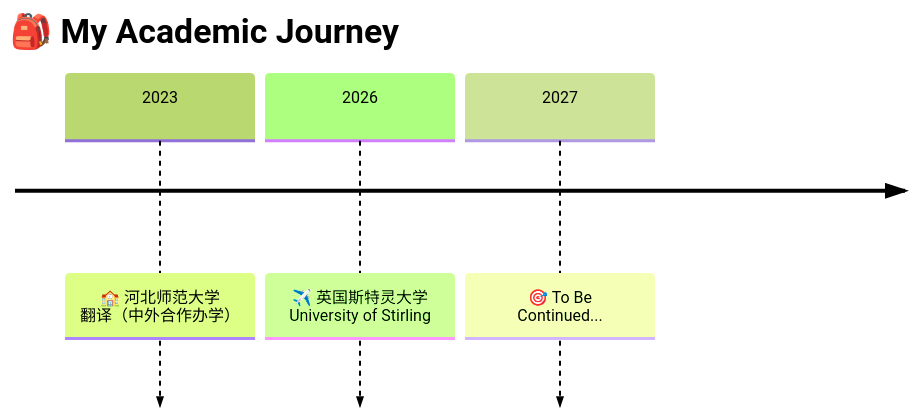
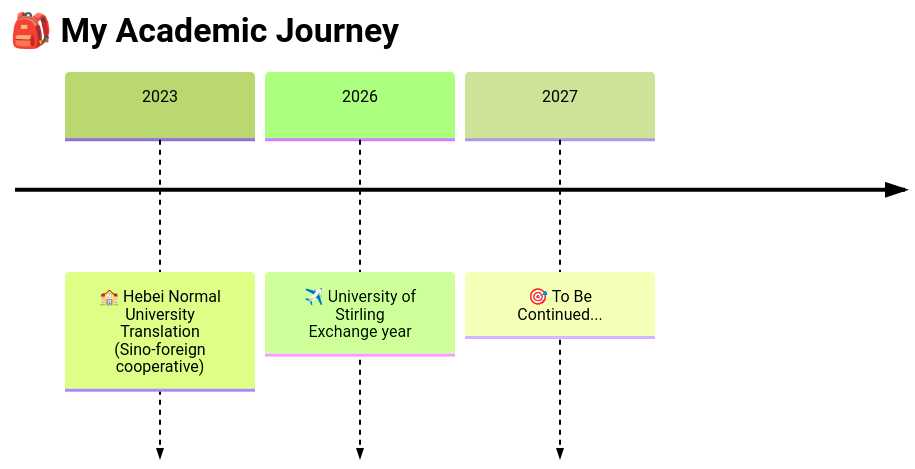
The diagram in README.md (Waterc0lorEyes/Waterc0lorEyes), drawn with Mermaid (forest theme) before and after one commit. The commit also changed other lines of this file and 1 other file, not shown here.

````diff
--- a/README.md
+++ b/README.md
@@ -25,7 +28,7 @@
 ```mermaid
 timeline
     title 🎒 My Academic Journey
-    2023 : 🏫 河北师范大学<br>翻译（中外合作办学）
-    2026 : ✈️ 英国斯特灵大学<br>University of Stirling
+    2023 : 🏫 Hebei Normal University<br>Translation (Sino-foreign cooperative)
+    2026 : ✈️ University of Stirling<br>Exchange year
     2027 : 🎯 To Be Continued...
 ```
````
